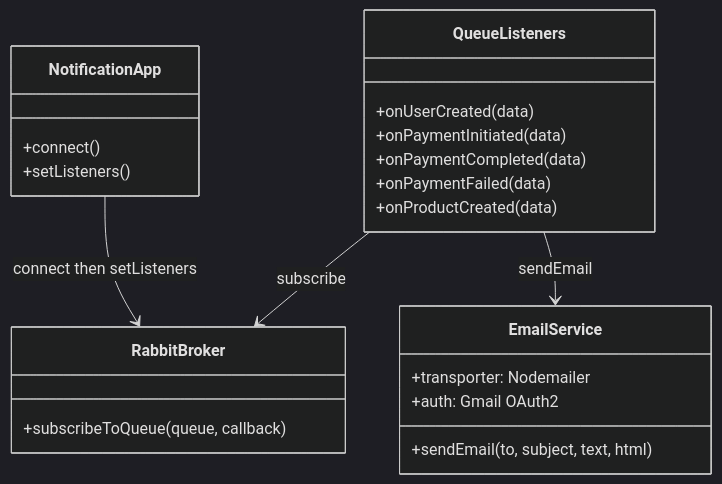
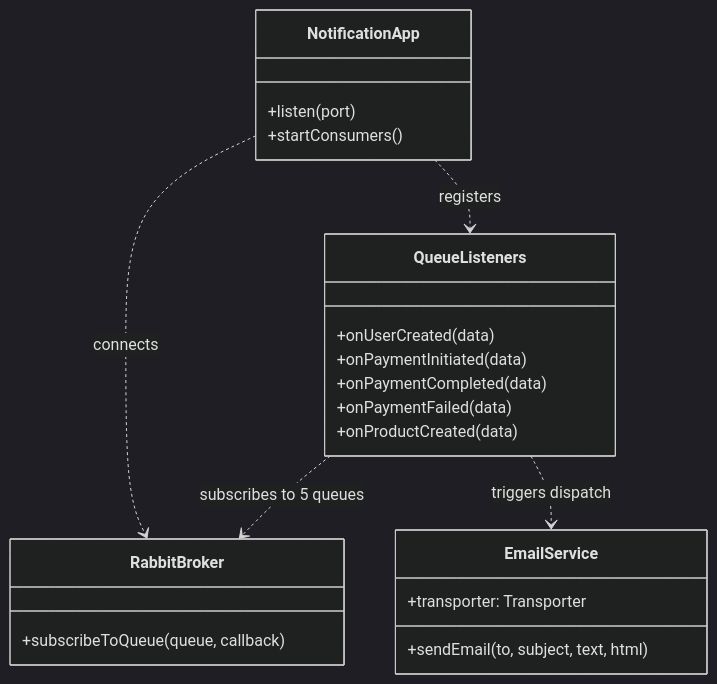
Diagram 14 of 17 in README.md (itsam-13/Vendora), drawn with Mermaid (dark theme) before and after one commit. The commit also changed other lines of this file, not shown here.

Commit message:
docs: update README.md with comprehensive microservices architecture and event topology

````diff
--- a/README.md
+++ b/README.md
@@ -796,25 +935,26 @@
 ```mermaid
 classDiagram
     class NotificationApp {
-        +connect()
-        +setListeners()
+        +listen(port)
+        +startConsumers()
     }
     class QueueListeners {
         +onUserCreated(data)
         +onPaymentInitiated(data)
         +onPaymentCompleted(data)
         +onPaymentFailed(data)
         +onProductCreated(data)
     }
     class EmailService {
-        +transporter: Nodemailer
+        +transporter: Transporter
         +sendEmail(to, subject, text, html)
-        +auth: Gmail OAuth2
     }
     class RabbitBroker {
         +subscribeToQueue(queue, callback)
     }
-    NotificationApp --> RabbitBroker : connect then setListeners
-    QueueListeners --> EmailService : sendEmail
-    QueueListeners --> RabbitBroker : subscribe
+
+    NotificationApp ..> RabbitBroker : connects
+    NotificationApp ..> QueueListeners : registers
+    QueueListeners ..> RabbitBroker : subscribes to 5 queues
+    QueueListeners ..> EmailService : triggers dispatch
 ```
````
